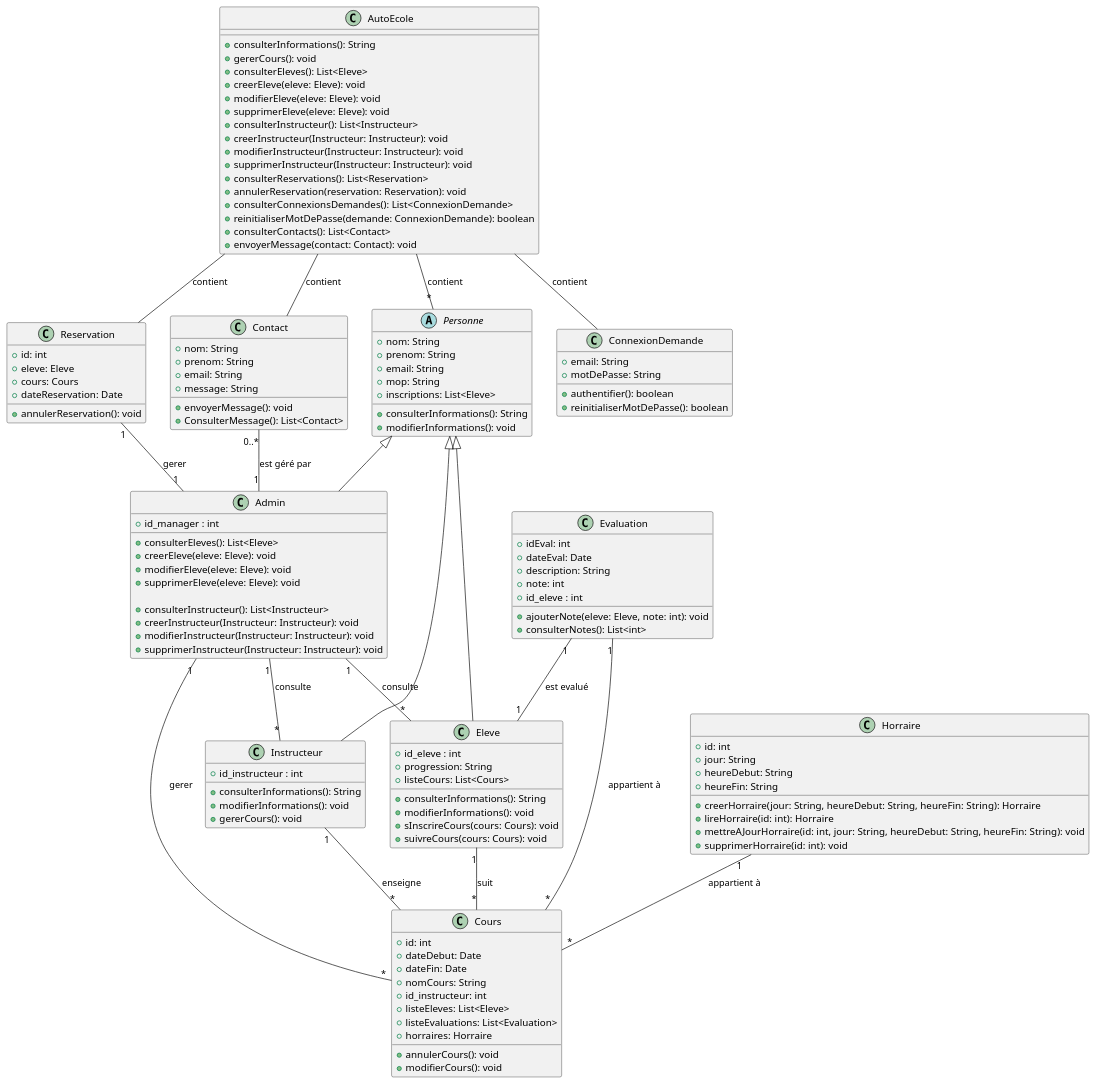
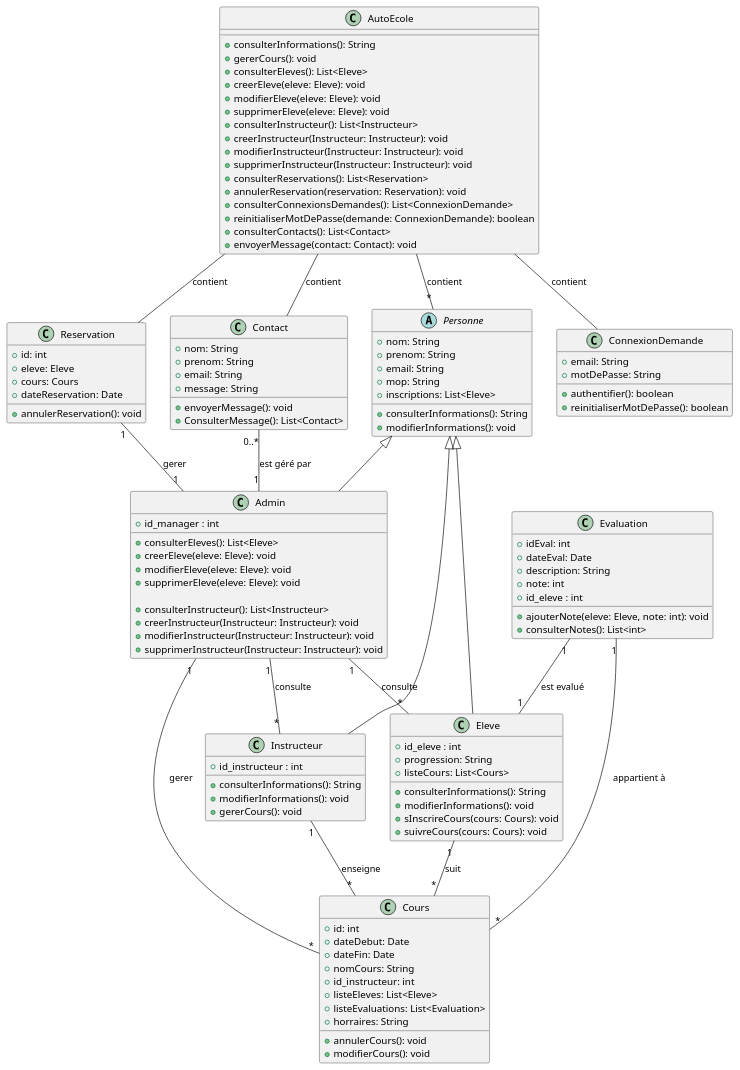
The diagram in Rendu 2/Diagramme de classe/diagramme_classe.pu (jerbi2026/Auto_ecole), drawn with PlantUML before and after one commit. The commit also changed 5 other files, not shown here.

```diff
--- a/Rendu 2/Diagramme de classe/diagramme_classe.pu
+++ b/Rendu 2/Diagramme de classe/diagramme_classe.pu
@@ -1,153 +1,142 @@
 @startuml
 abstract class Personne {
     + nom: String
     + prenom: String
     + email: String
     + mop: String
     + inscriptions: List<Eleve>
 
     + consulterInformations(): String
     + modifierInformations(): void
 }
 
 class Instructeur {
     + id_instructeur : int
 
     + consulterInformations(): String
     + modifierInformations(): void
     + gererCours(): void
 }
 
 class Admin {
     + id_manager : int
 
     
     + consulterEleves(): List<Eleve>
     + creerEleve(eleve: Eleve): void
     + modifierEleve(eleve: Eleve): void
     + supprimerEleve(eleve: Eleve): void
 
     + consulterInstructeur(): List<Instructeur>
     + creerInstructeur(Instructeur: Instructeur): void
     + modifierInstructeur(Instructeur: Instructeur): void
     + supprimerInstructeur(Instructeur: Instructeur): void
 }
 
 class Eleve {
     + id_eleve : int
     + progression: String
     + listeCours: List<Cours>
 
     + consulterInformations(): String
     + modifierInformations(): void
     + sInscrireCours(cours: Cours): void
     + suivreCours(cours: Cours): void
 }
 
 
 
 
 
 class Cours {
     + id: int
     + dateDebut: Date
     + dateFin: Date
     + nomCours: String
     + id_instructeur: int
     + listeEleves: List<Eleve>
     + listeEvaluations: List<Evaluation>
-    + horraires: Horraire
+    + horraires: String
 
     + annulerCours(): void
     + modifierCours(): void
 }
 
 class Evaluation {
     + idEval: int
     + dateEval: Date
     + description: String
     + note: int
     + id_eleve : int
 
     + ajouterNote(eleve: Eleve, note: int): void
     + consulterNotes(): List<int>
 }
 
 
 class Reservation {
     + id: int
     + eleve: Eleve
     + cours: Cours
     + dateReservation: Date
 
     + annulerReservation(): void
 }
 
 class ConnexionDemande {
     + email: String
     + motDePasse: String
 
     + authentifier(): boolean
     + reinitialiserMotDePasse(): boolean
 }
 
-class Horraire {
-    + id: int
-    + jour: String
-    + heureDebut: String
-    + heureFin: String
 
-    + creerHorraire(jour: String, heureDebut: String, heureFin: String): Horraire
-    + lireHorraire(id: int): Horraire
-    + mettreAJourHorraire(id: int, jour: String, heureDebut: String, heureFin: String): void
-    + supprimerHorraire(id: int): void
-}
 
 class AutoEcole {
     + consulterInformations(): String
     + gererCours(): void
     + consulterEleves(): List<Eleve>
     + creerEleve(eleve: Eleve): void
     + modifierEleve(eleve: Eleve): void
     + supprimerEleve(eleve: Eleve): void
     + consulterInstructeur(): List<Instructeur>
     + creerInstructeur(Instructeur: Instructeur): void
     + modifierInstructeur(Instructeur: Instructeur): void
     + supprimerInstructeur(Instructeur: Instructeur): void
     + consulterReservations(): List<Reservation>
     + annulerReservation(reservation: Reservation): void
     + consulterConnexionsDemandes(): List<ConnexionDemande>
     + reinitialiserMotDePasse(demande: ConnexionDemande): boolean
     + consulterContacts(): List<Contact>
     + envoyerMessage(contact: Contact): void
 }
 
 class Contact{
     + nom: String
     + prenom: String
     + email: String
     + message: String
 
     + envoyerMessage(): void
     + ConsulterMessage(): List<Contact>
 
 }
 
 Personne <|-- Instructeur
 Personne <|-- Eleve
 Personne <|-- Admin
 Reservation "1" -- "1" Admin : "gerer"
 Instructeur "1" -- "*" Cours : "enseigne"
 Eleve "1" -- "*" Cours : "suit"
 Admin "1" -- "*" Cours : "gerer"
 Evaluation "1" -- "1" Eleve : "est evalué"
 Evaluation "1" -- "*" Cours : "appartient à"
 Admin "1" -- "*" Instructeur : "consulte"
 Admin "1" -- "*" Eleve : "consulte"
-Horraire "1" -- "*" Cours : "appartient à"
 Contact "0..*" -- "1" Admin : "est géré par"
 AutoEcole -- "*" Personne : "contient"
 AutoEcole -- Reservation : "contient"
 AutoEcole -- ConnexionDemande : "contient"
 AutoEcole -- Contact : "contient"
 @enduml
```
